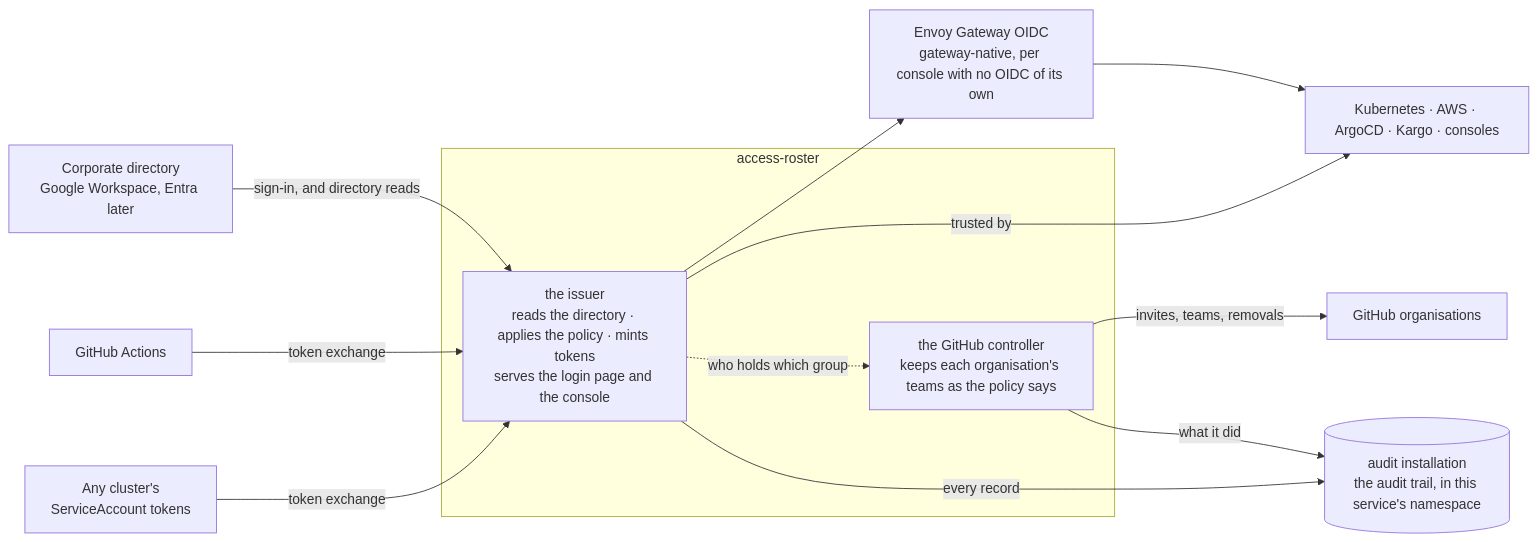
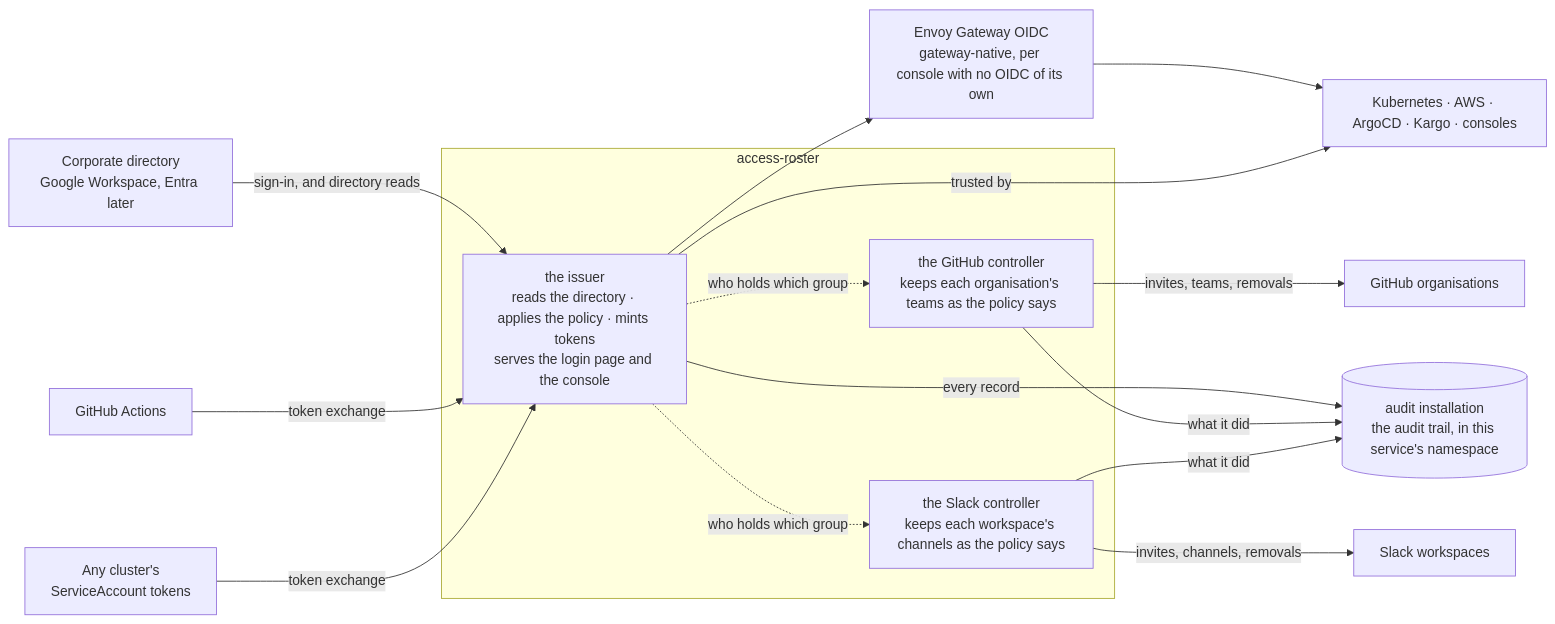
The diagram in README.md (truvity/access-roster), drawn with Mermaid before and after one commit. The commit also changed other lines of this file and 16 other files, not shown here.

````diff
--- a/README.md
+++ b/README.md
@@ -141,26 +142,31 @@
 ```mermaid
 flowchart LR
   idp["Corporate directory<br/>Google Workspace, Entra later"]
   gh["GitHub Actions"]
   k8s["Any cluster's<br/>ServiceAccount tokens"]
 
   subgraph ar["access-roster"]
     iss["the issuer<br/>reads the directory · applies the policy · mints tokens<br/>serves the login page and the console"]
     ctl["the GitHub controller<br/>keeps each organisation's teams as the policy says"]
+    sctl["the Slack controller<br/>keeps each workspace's channels as the policy says"]
   end
 
   gg["Envoy Gateway OIDC<br/>gateway-native, per console with no OIDC of its own"]
   apps["Kubernetes · AWS · ArgoCD · Kargo · consoles"]
   orgs["GitHub organisations"]
+  slack["Slack workspaces"]
   aud[("audit installation<br/>the audit trail, in this service's namespace")]
 
   idp -- "sign-in, and directory reads" --> iss
   gh -- "token exchange" --> iss
   k8s -- "token exchange" --> iss
   iss --> gg --> apps
   iss -- "trusted by" --> apps
   iss -. "who holds which group" .-> ctl
   ctl -- "invites, teams, removals" --> orgs
+  iss -. "who holds which group" .-> sctl
+  sctl -- "invites, channels, removals" --> slack
   iss -- "every record" --> aud
   ctl -- "what it did" --> aud
+  sctl -- "what it did" --> aud
 ```
````
